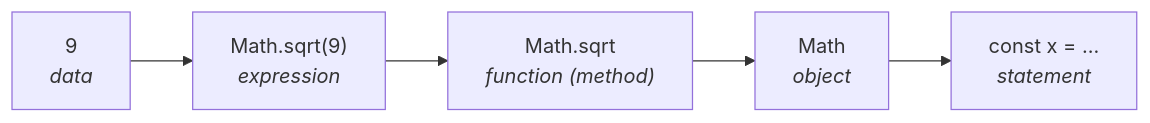
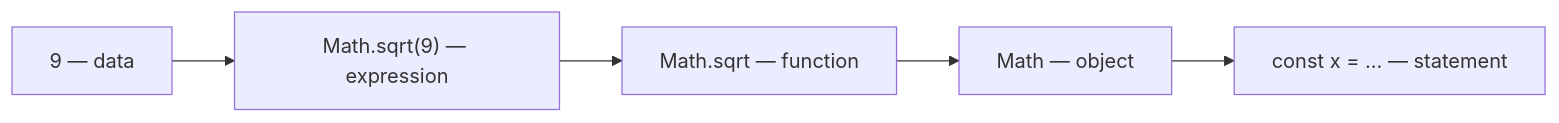
The second of 5 diagrams in learning-summary/cs61a-composing-programs/sessions/01-1.1-getting-started/concept-map.md (shengji-forward/code-need-to-understand), drawn with Mermaid before and after one commit. The commit also changed other lines of this file and 27 other files, not shown here.

````diff
--- a/learning-summary/cs61a-composing-programs/sessions/01-1.1-getting-started/concept-map.md
+++ b/learning-summary/cs61a-composing-programs/sessions/01-1.1-getting-started/concept-map.md
@@ -45,10 +111,10 @@
 ```mermaid
 flowchart LR
-    D1["9<br/><i>data</i>"]
-    E1["Math.sqrt(9)<br/><i>expression</i>"]
-    F1["Math.sqrt<br/><i>function (method)</i>"]
-    O1["Math<br/><i>object</i>"]
-    S1["const x = ...<br/><i>statement</i>"]
+    D1["9 — data"]
+    E1["Math.sqrt(9) — expression"]
+    F1["Math.sqrt — function"]
+    O1["Math — object"]
+    S1["const x = ... — statement"]
 
     D1 --> E1 --> F1 --> O1 --> S1
 ```
````
